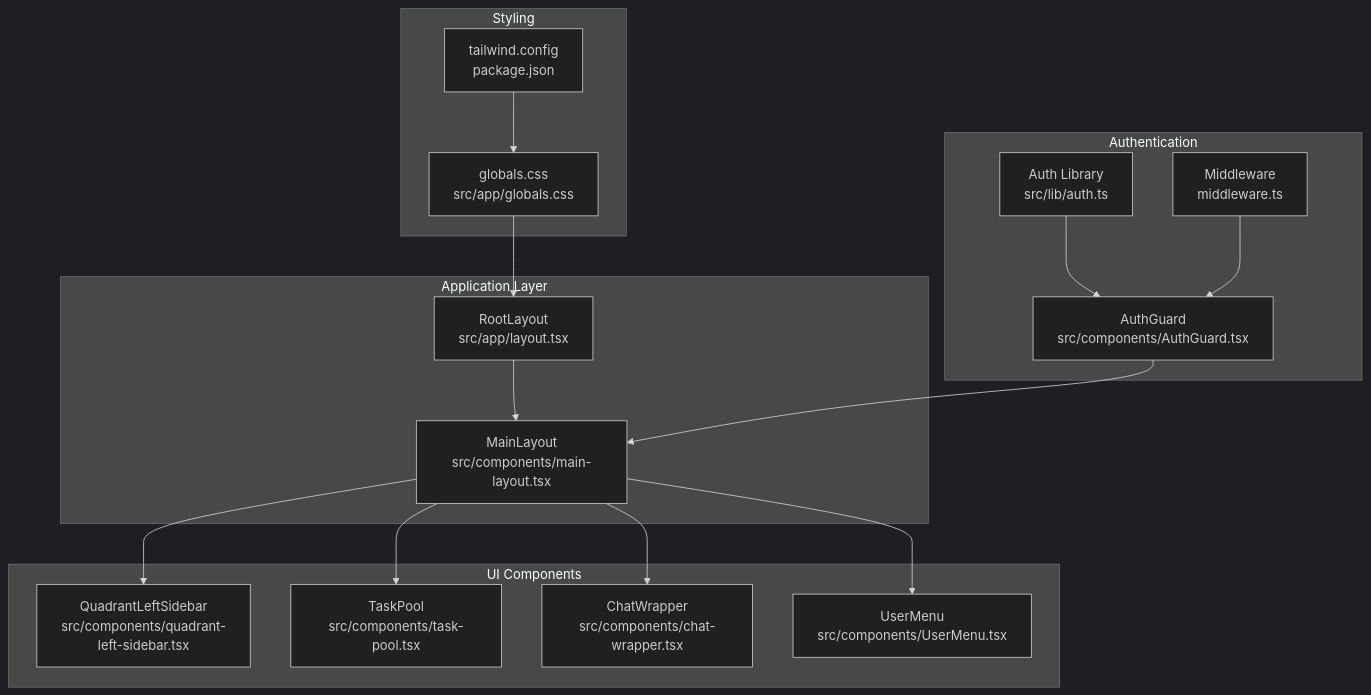
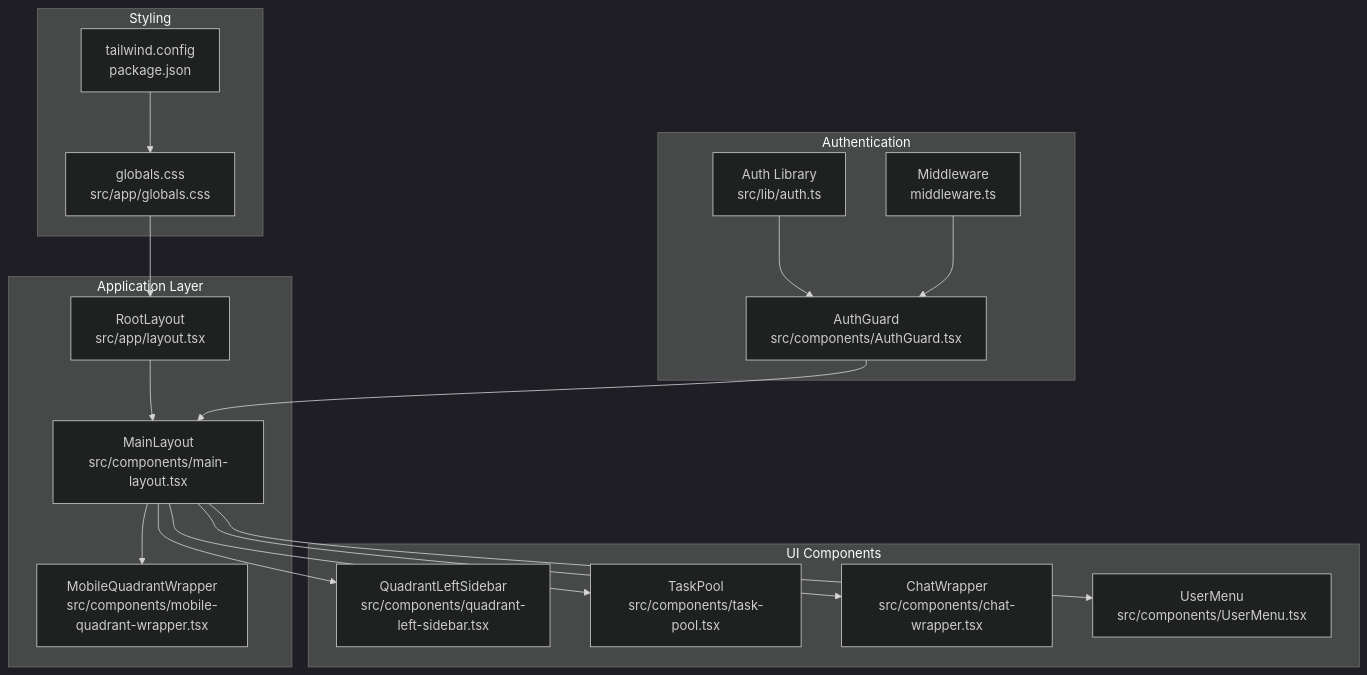
The first of 15 diagrams in .qoder/repowiki/en/content/Frontend Architecture/Main Layout System.md (peixuanhu/goal-mate), drawn with Mermaid (dark theme) before and after one commit. The commit also changed other lines of this file and 14 other files, not shown here.

First line of the commit message:
feat(layout): enhance main layout with mobile drawer and responsive quadrants

````diff
--- a/.qoder/repowiki/en/content/Frontend Architecture/Main Layout System.md
+++ b/.qoder/repowiki/en/content/Frontend Architecture/Main Layout System.md
@@ -55,32 +57,34 @@
 ```mermaid
 graph TB
 subgraph "Application Layer"
 RootLayout[RootLayout<br/>src/app/layout.tsx]
 MainLayout[MainLayout<br/>src/components/main-layout.tsx]
+MobileQuadrantWrapper[MobileQuadrantWrapper<br/>src/components/mobile-quadrant-wrapper.tsx]
 end
 subgraph "UI Components"
 Sidebar[QuadrantLeftSidebar<br/>src/components/quadrant-left-sidebar.tsx]
 TaskPool[TaskPool<br/>src/components/task-pool.tsx]
 Chat[ChatWrapper<br/>src/components/chat-wrapper.tsx]
 UserMenu[UserMenu<br/>src/components/UserMenu.tsx]
 end
 subgraph "Authentication"
 AuthGuard[AuthGuard<br/>src/components/AuthGuard.tsx]
 AuthLib[Auth Library<br/>src/lib/auth.ts]
 Middleware[Middleware<br/>middleware.ts]
 end
 subgraph "Styling"
 Globals[globals.css<br/>src/app/globals.css]
 Tailwind[tailwind.config<br/>package.json]
 end
 RootLayout --> MainLayout
 MainLayout --> Sidebar
 MainLayout --> TaskPool
 MainLayout --> Chat
 MainLayout --> UserMenu
+MainLayout --> MobileQuadrantWrapper
 AuthGuard --> MainLayout
 AuthLib --> AuthGuard
 Middleware --> AuthGuard
 Globals --> RootLayout
 Tailwind --> Globals
 ```
````
